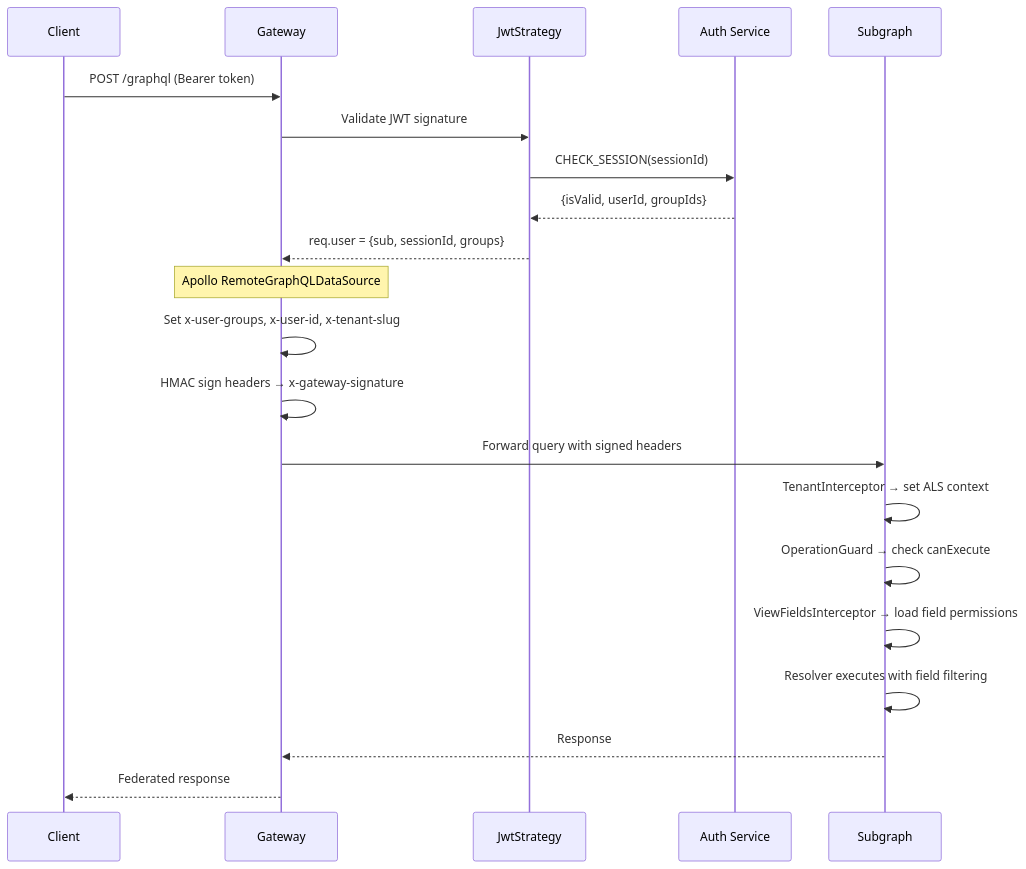
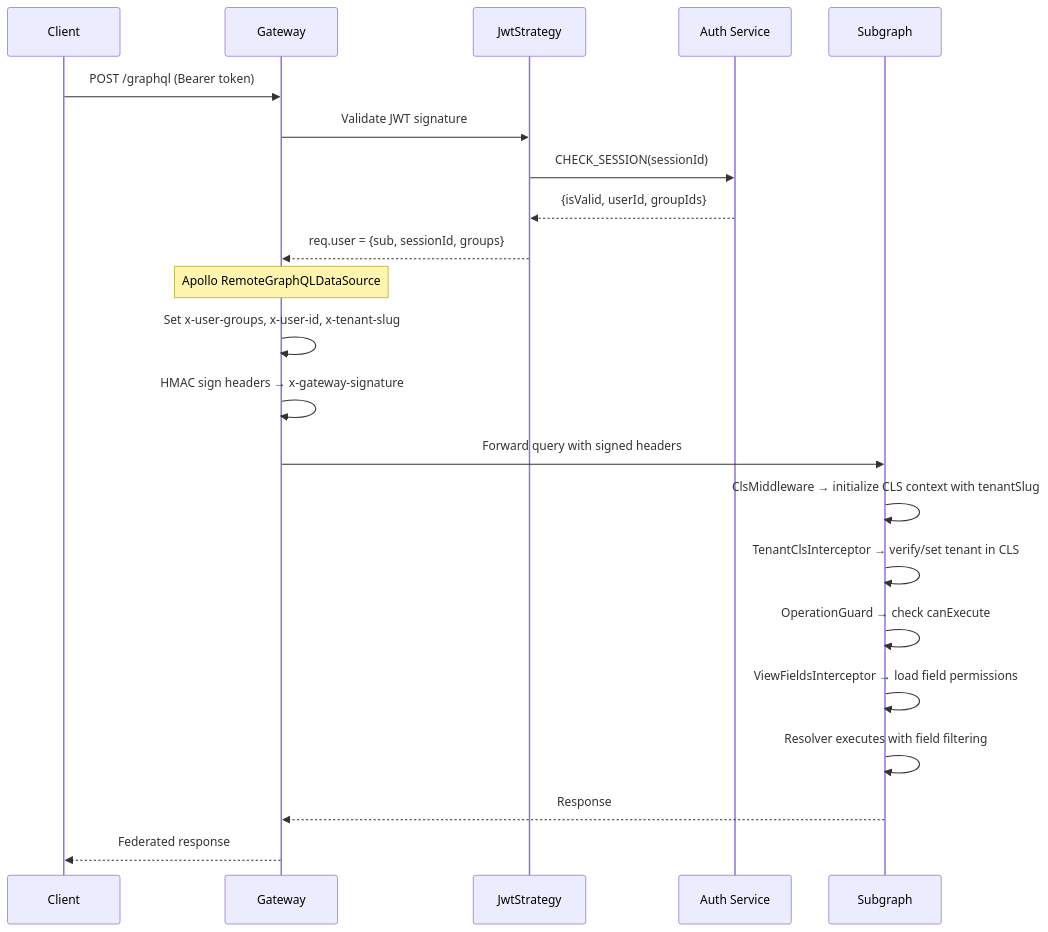
One commit to CucuProject/cucu-docs changed the second of 5 diagrams in docs/architecture/overview.md. Above: the diagram before and after it, drawn with Mermaid. The commit also changed other lines of this file and 8 other files, not shown here.

First line of the commit message:
docs: update for nestjs-cls migration, JWT auth middleware, gateway refactor

````diff
--- a/docs/architecture/overview.md
+++ b/docs/architecture/overview.md
@@ -84,26 +84,27 @@
 ```mermaid
 sequenceDiagram
     participant C as Client
     participant GW as Gateway
     participant JWT as JwtStrategy
     participant Auth as Auth Service
     participant SG as Subgraph
 
     C->>GW: POST /graphql (Bearer token)
     GW->>JWT: Validate JWT signature
     JWT->>Auth: CHECK_SESSION(sessionId)
     Auth-->>JWT: {isValid, userId, groupIds}
     JWT-->>GW: req.user = {sub, sessionId, groups}
 
     Note over GW: Apollo RemoteGraphQLDataSource
     GW->>GW: Set x-user-groups, x-user-id, x-tenant-slug
     GW->>GW: HMAC sign headers → x-gateway-signature
 
     GW->>SG: Forward query with signed headers
-    SG->>SG: TenantInterceptor → set ALS context
+    SG->>SG: ClsMiddleware → initialize CLS context with tenantSlug
+    SG->>SG: TenantClsInterceptor → verify/set tenant in CLS
     SG->>SG: OperationGuard → check canExecute
     SG->>SG: ViewFieldsInterceptor → load field permissions
     SG->>SG: Resolver executes with field filtering
     SG-->>GW: Response
     GW-->>C: Federated response
 ```
````
